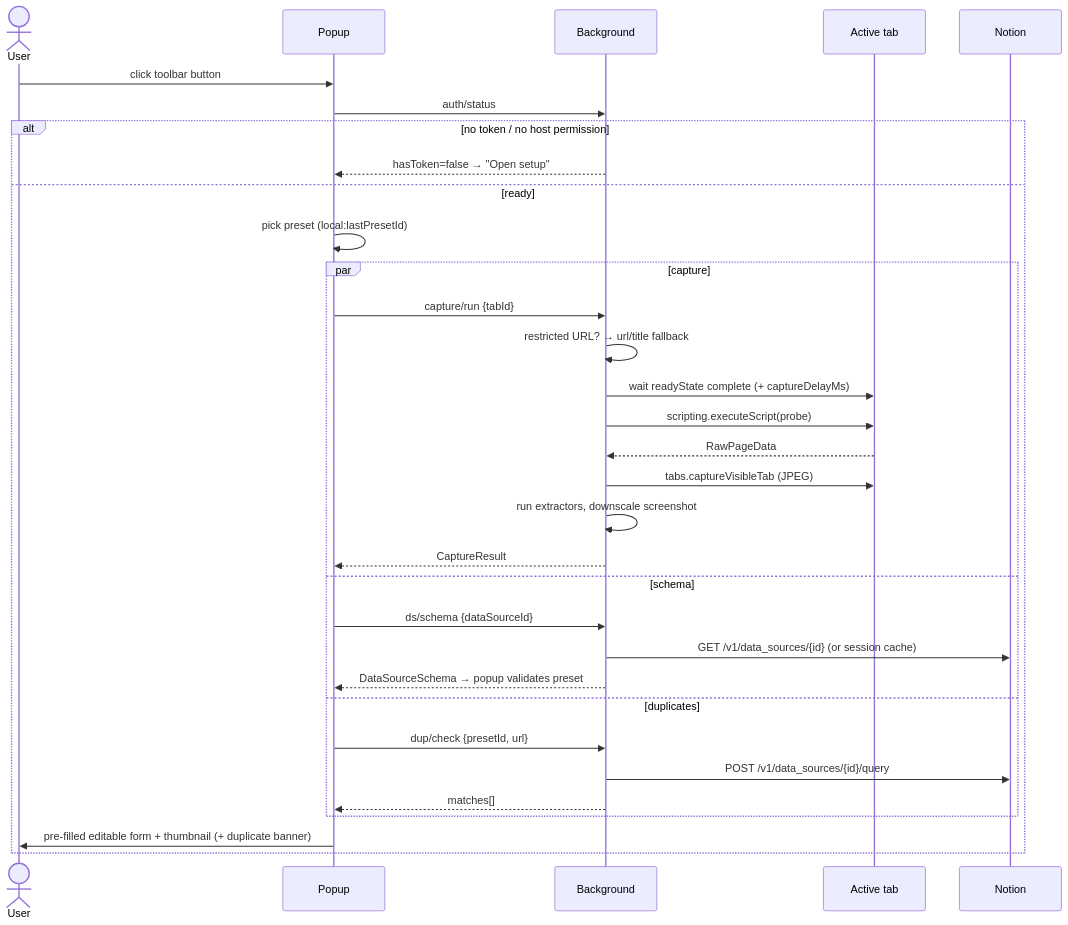
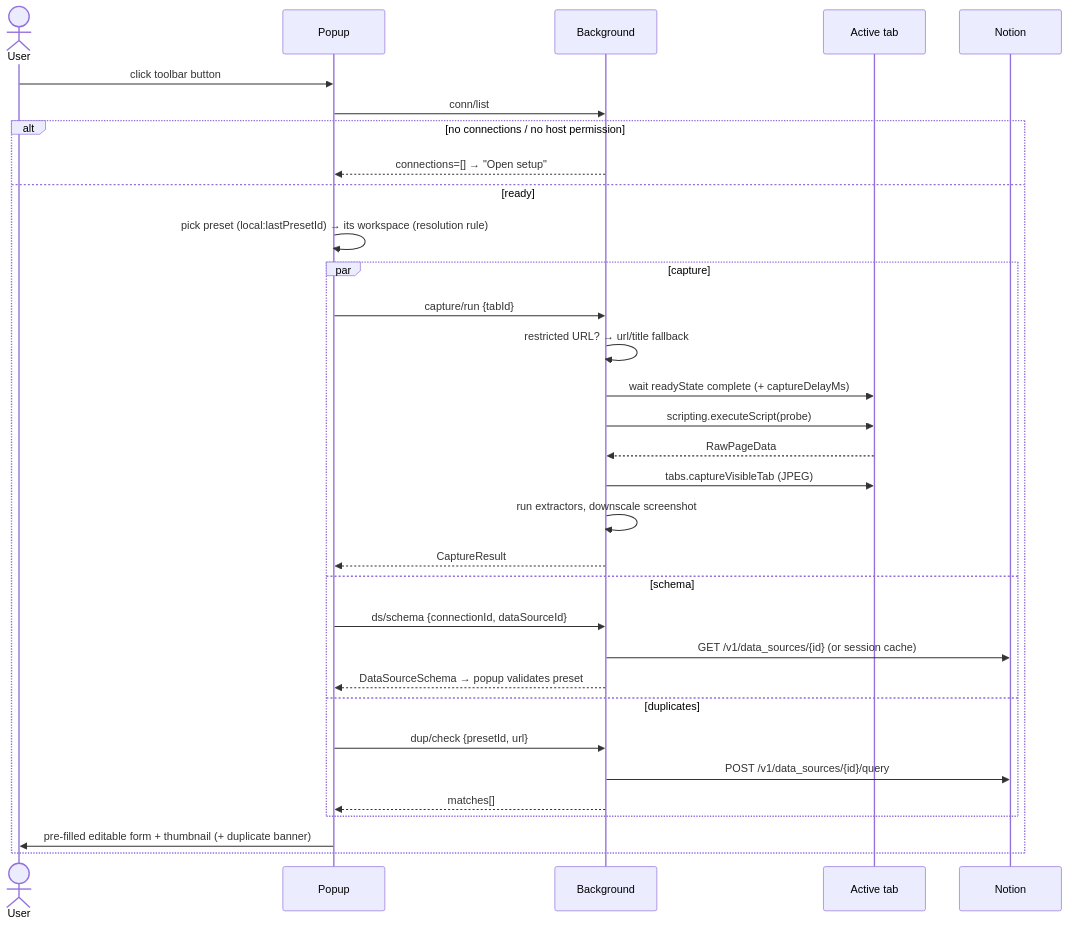
Before and after one commit to 3333444n/sitecatch: the second of 4 diagrams in docs/architecture.md, drawn with Mermaid. The commit also changed other lines of this file and 8 other files, not shown here.

Commit message:
docs: document multiple workspace connections (ADR 0010)

````diff
--- a/docs/architecture.md
+++ b/docs/architecture.md
@@ -80,35 +89,35 @@
 ```mermaid
 sequenceDiagram
   actor User
   participant P as Popup
   participant BG as Background
   participant T as Active tab
   participant N as Notion
 
   User->>P: click toolbar button
-  P->>BG: auth/status
-  alt no token / no host permission
-    BG-->>P: hasToken=false → "Open setup"
+  P->>BG: conn/list
+  alt no connections / no host permission
+    BG-->>P: connections=[] → "Open setup"
   else ready
-    P->>P: pick preset (local:lastPresetId)
+    P->>P: pick preset (local:lastPresetId) → its workspace (resolution rule)
     par capture
       P->>BG: capture/run {tabId}
       BG->>BG: restricted URL? → url/title fallback
       BG->>T: wait readyState complete (+ captureDelayMs)
       BG->>T: scripting.executeScript(probe)
       T-->>BG: RawPageData
       BG->>T: tabs.captureVisibleTab (JPEG)
       BG->>BG: run extractors, downscale screenshot
       BG-->>P: CaptureResult
     and schema
-      P->>BG: ds/schema {dataSourceId}
+      P->>BG: ds/schema {connectionId, dataSourceId}
       BG->>N: GET /v1/data_sources/{id} (or session cache)
       BG-->>P: DataSourceSchema → popup validates preset
     and duplicates
       P->>BG: dup/check {presetId, url}
       BG->>N: POST /v1/data_sources/{id}/query
       BG-->>P: matches[]
     end
     P->>User: pre-filled editable form + thumbnail (+ duplicate banner)
   end
 ```
````
